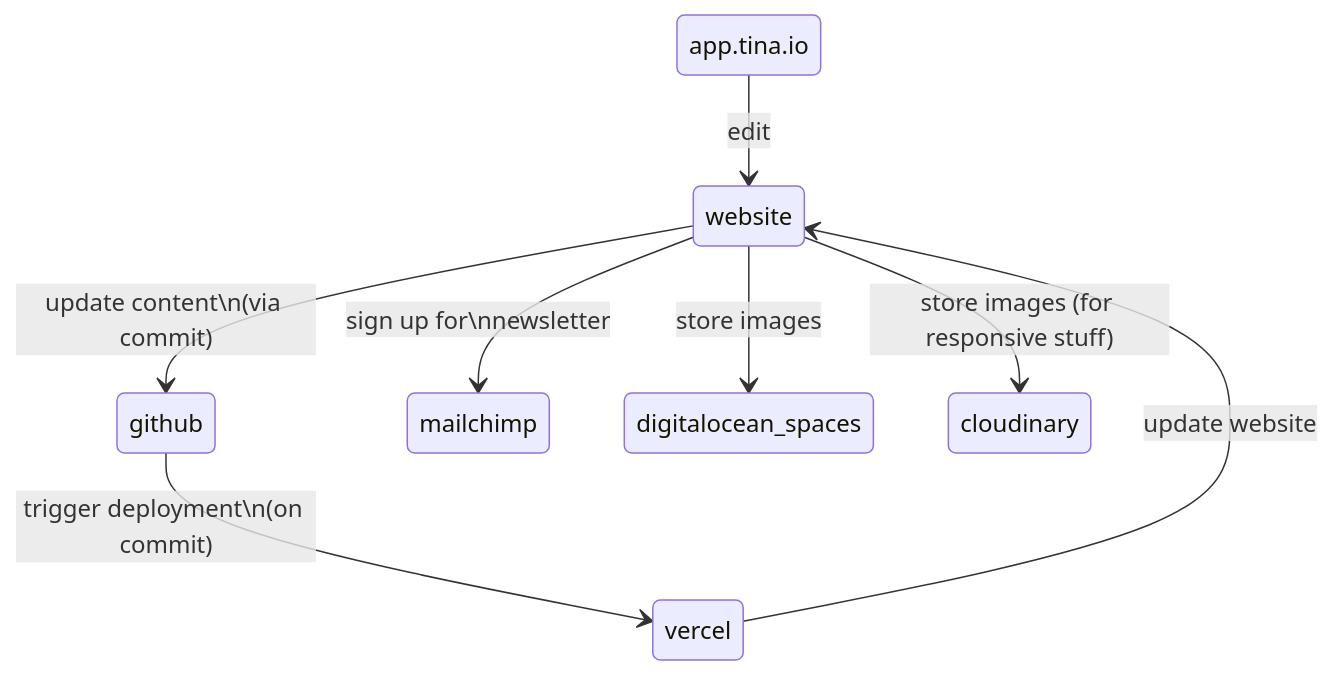
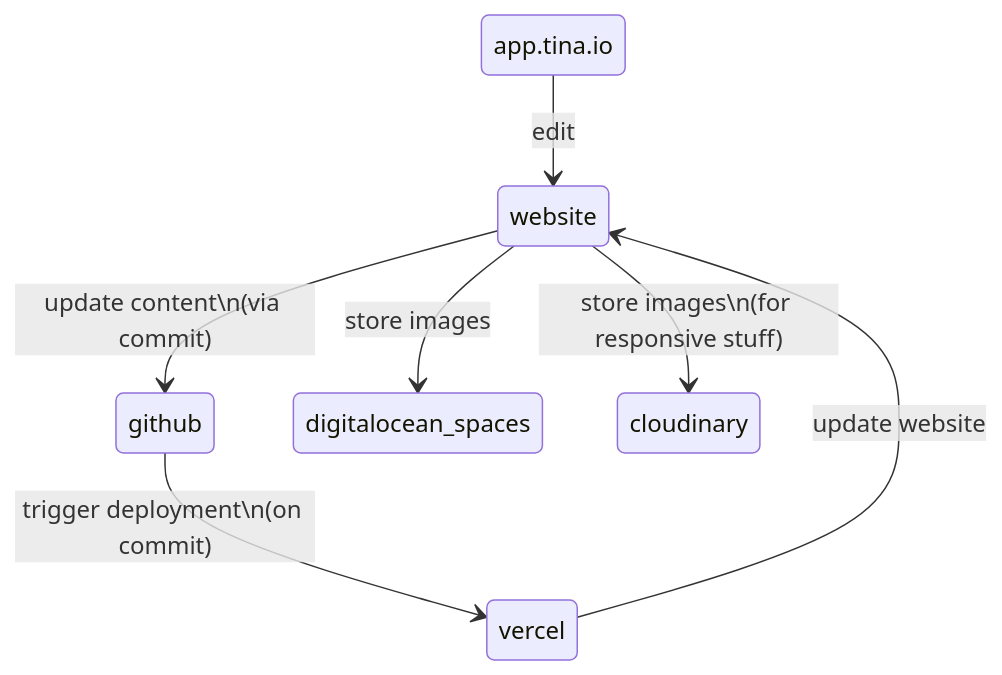
Before and after one commit to Startup-Nights/website: the first of 2 diagrams in README.md, drawn with Mermaid. The commit also changed other lines of this file, not shown here.

````diff
--- a/README.md
+++ b/README.md
@@ -19,10 +27,10 @@
 ```mermaid
 stateDiagram-v2
     app.tina.io --> website: edit
     website --> github: update content\n(via commit)
     github --> vercel: trigger deployment\n(on commit)
     vercel --> website: update website
-    website --> mailchimp: sign up for\nnewsletter
     website --> digitalocean_spaces: store images
-    website --> cloudinary: store images (for responsive stuff)
+    website --> cloudinary: store images\n(for responsive stuff)
+
 ```
````
